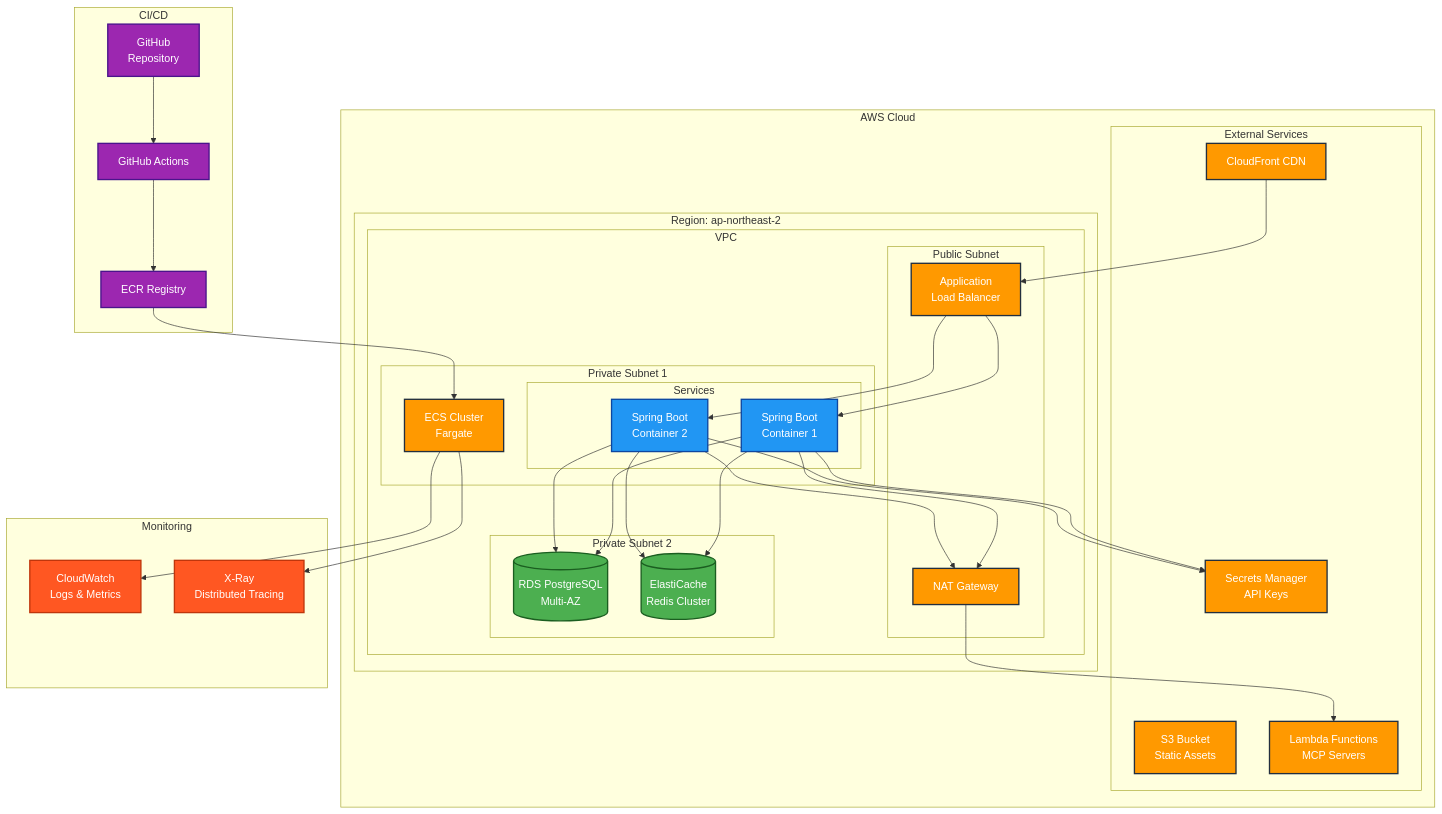
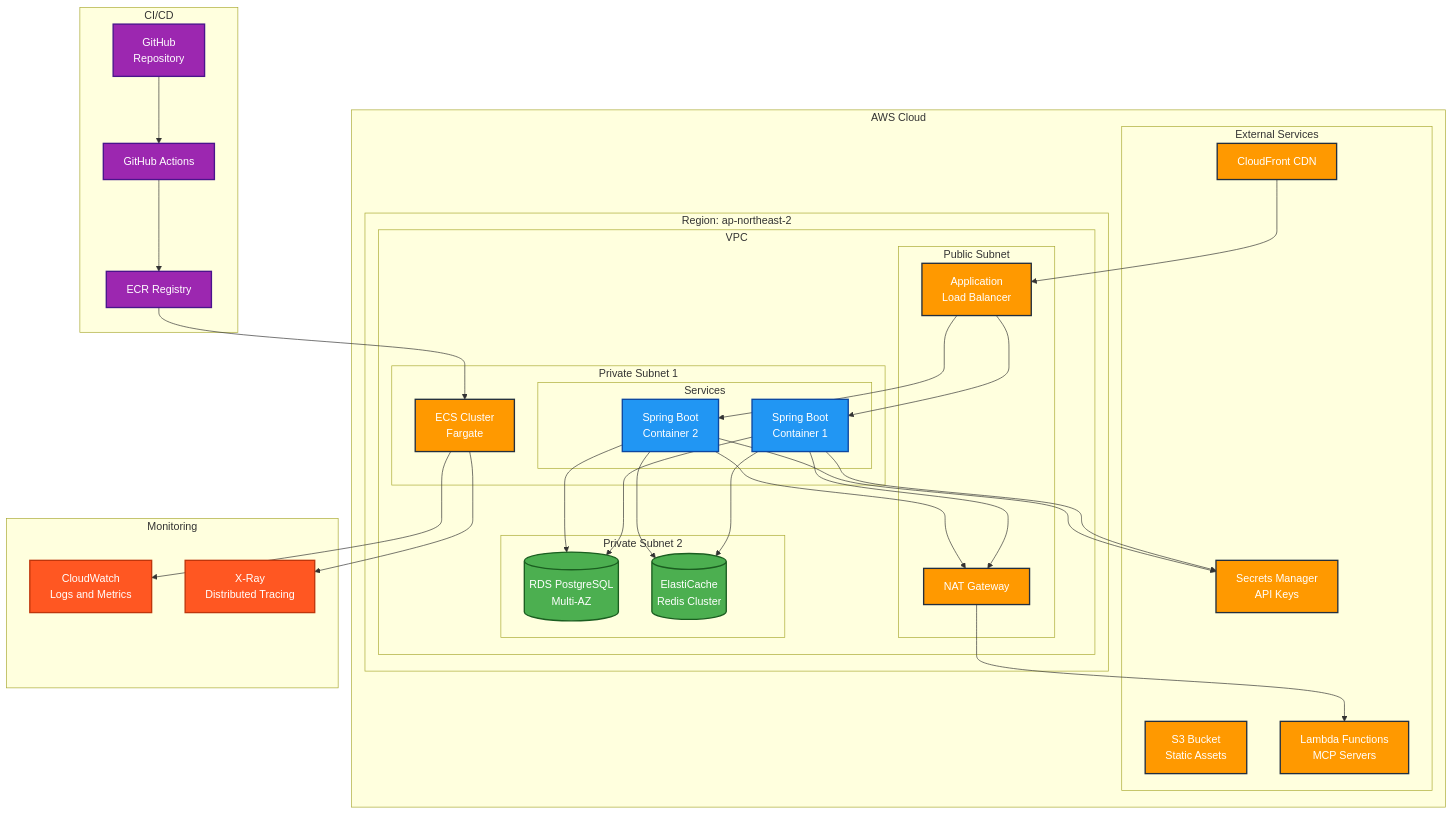
One commit to prgrms-aibe-devcourse/AIBE2_FinalProject_Compass_BE changed the third of 6 diagrams in docs/SYSTEM_ARCHITECTURE.md. Above: the diagram before and after it, drawn with Mermaid. The commit also changed other lines of this file and 35 other files, not shown here.

````diff
--- a/docs/SYSTEM_ARCHITECTURE.md
+++ b/docs/SYSTEM_ARCHITECTURE.md
@@ -184,77 +214,77 @@
 ```mermaid
 graph TB
     subgraph "AWS Cloud"
         subgraph "Region: ap-northeast-2"
             subgraph "VPC"
                 subgraph "Public Subnet"
                     ALB[Application<br/>Load Balancer]
                     NAT[NAT Gateway]
                 end
 
                 subgraph "Private Subnet 1"
                     ECS_CLUSTER[ECS Cluster<br/>Fargate]
                     subgraph "Services"
                         APP1[Spring Boot<br/>Container 1]
                         APP2[Spring Boot<br/>Container 2]
                     end
                 end
 
                 subgraph "Private Subnet 2"
                     RDS[(RDS PostgreSQL<br/>Multi-AZ)]
                     ELASTICACHE[(ElastiCache<br/>Redis Cluster)]
                 end
             end
         end
 
         subgraph "External Services"
             S3[S3 Bucket<br/>Static Assets]
             CLOUDFRONT[CloudFront CDN]
             LAMBDA[Lambda Functions<br/>MCP Servers]
             SECRETS[Secrets Manager<br/>API Keys]
         end
     end
 
     subgraph "CI/CD"
         GITHUB[GitHub<br/>Repository]
         ACTIONS[GitHub Actions]
         ECR[ECR Registry]
     end
 
     subgraph "Monitoring"
-        CLOUDWATCH[CloudWatch<br/>Logs & Metrics]
+        CLOUDWATCH[CloudWatch<br/>Logs and Metrics]
         XRAY[X-Ray<br/>Distributed Tracing]
     end
 
     CLOUDFRONT --> ALB
     ALB --> APP1
     ALB --> APP2
     APP1 --> RDS
     APP2 --> RDS
     APP1 --> ELASTICACHE
     APP2 --> ELASTICACHE
     APP1 --> NAT
     APP2 --> NAT
     NAT --> LAMBDA
     
     GITHUB --> ACTIONS
     ACTIONS --> ECR
     ECR --> ECS_CLUSTER
     
     APP1 --> SECRETS
     APP2 --> SECRETS
     
     ECS_CLUSTER --> CLOUDWATCH
     ECS_CLUSTER --> XRAY
 
     classDef aws fill:#ff9900,stroke:#232f3e,stroke-width:2px,color:#fff
     classDef container fill:#2196f3,stroke:#0d47a1,stroke-width:2px,color:#fff
     classDef data fill:#4caf50,stroke:#1b5e20,stroke-width:2px,color:#fff
     classDef cicd fill:#9c27b0,stroke:#4a148c,stroke-width:2px,color:#fff
     classDef monitoring fill:#ff5722,stroke:#bf360c,stroke-width:2px,color:#fff
 
     class ALB,NAT,ECS_CLUSTER,S3,CLOUDFRONT,LAMBDA,SECRETS aws
     class APP1,APP2 container
     class RDS,ELASTICACHE data
     class GITHUB,ACTIONS,ECR cicd
     class CLOUDWATCH,XRAY monitoring
 ```
````
